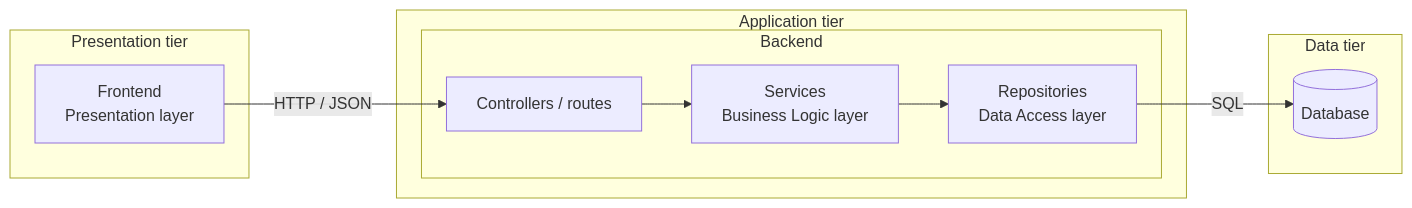
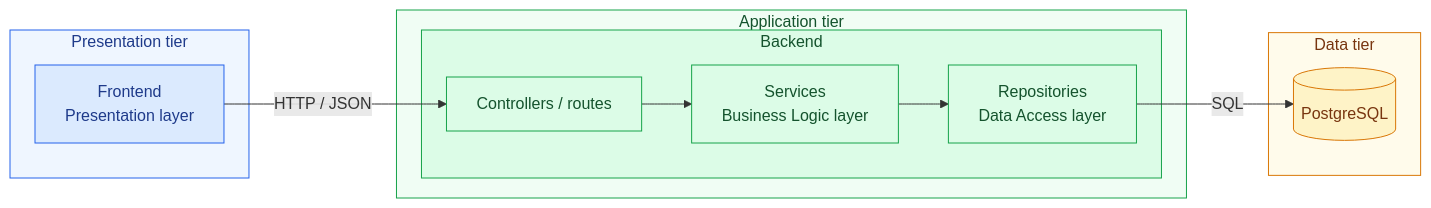
One commit to Narwhal1412/Software-Engineering-Finale changed the diagram in README.md. Above: the diagram before and after it, drawn with Mermaid.

Commit message:
adjusted mermaid color style

````diff
--- a/README.md
+++ b/README.md
@@ -24,16 +24,28 @@
 ```mermaid
 flowchart LR
     subgraph T1["Presentation tier"]
         F["Frontend<br/>Presentation layer"]
     end
     subgraph T2["Application tier"]
         subgraph B["Backend"]
             C["Controllers / routes"] --> S["Services<br/>Business Logic layer"] --> R["Repositories<br/>Data Access layer"]
         end
     end
     subgraph T3["Data tier"]
-        D[("Database")]
+        D[("PostgreSQL")]
     end
     F -->|HTTP / JSON| C
     R -->|SQL| D
+ 
+    classDef pres fill:#dbeafe,stroke:#2563eb,color:#1e3a8a
+    classDef logic fill:#dcfce7,stroke:#16a34a,color:#14532d
+    classDef data fill:#fef3c7,stroke:#d97706,color:#78350f
+    class F pres
+    class C,S,R logic
+    class D data
+ 
+    style T1 fill:#eff6ff,stroke:#2563eb,color:#1e3a8a
+    style T2 fill:#f0fdf4,stroke:#16a34a,color:#14532d
+    style B fill:#dcfce7,stroke:#16a34a,color:#14532d
+    style T3 fill:#fffbeb,stroke:#d97706,color:#78350f
 ```
````
